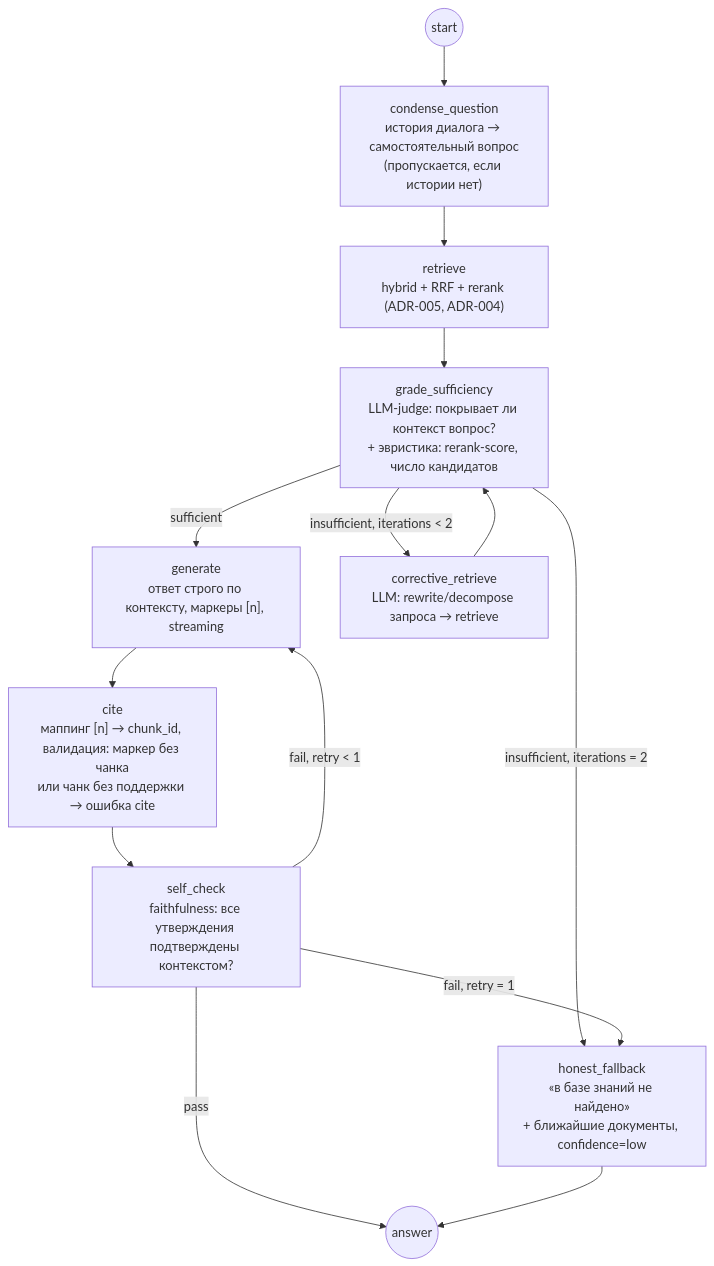
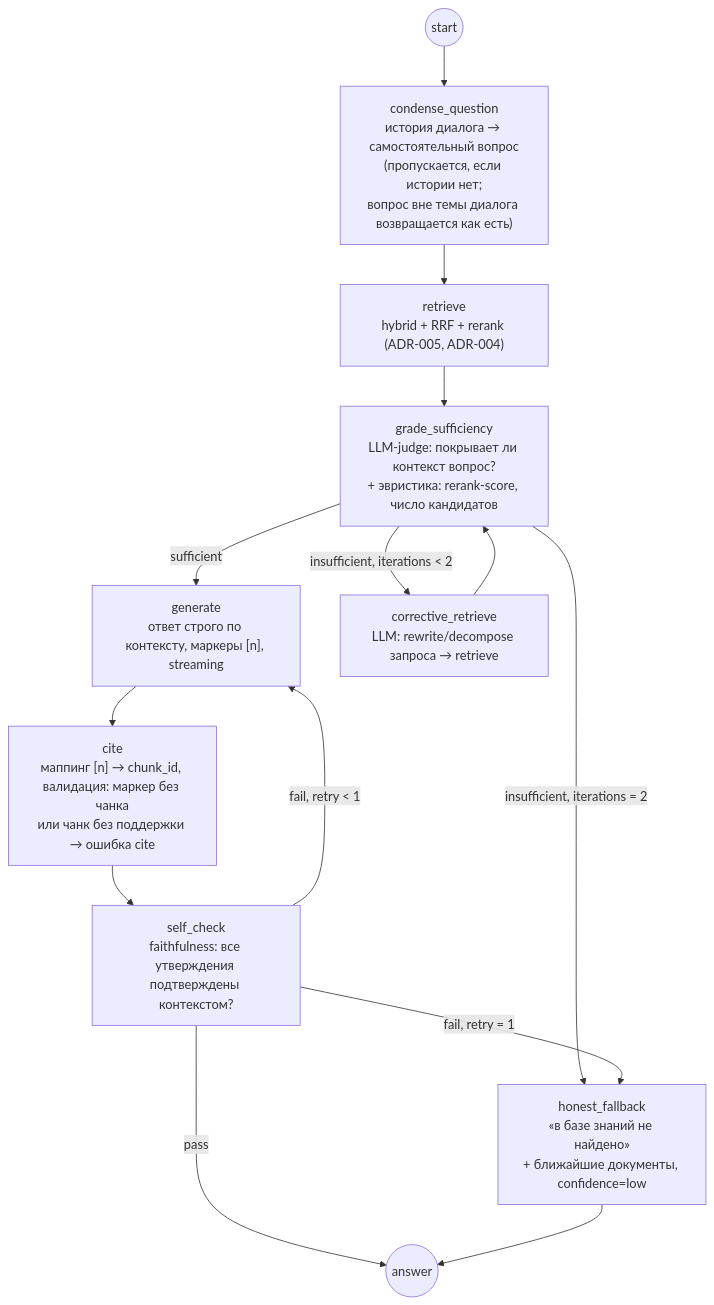
Before and after one commit to axrmxv/lyra: the diagram in docs/adr/ADR-006-langgraph-topology.md, drawn with Mermaid. The commit also changed 1 other file, not shown here.

Commit message:
docs(adr): зафиксировать фиксы self_check и condense

````diff
--- a/docs/adr/ADR-006-langgraph-topology.md
+++ b/docs/adr/ADR-006-langgraph-topology.md
@@ -23,16 +23,16 @@
 ```mermaid
 flowchart TB
-    START((start)) --> COND["condense_question<br/>история диалога → самостоятельный вопрос<br/>(пропускается, если истории нет)"]
+    START((start)) --> COND["condense_question<br/>история диалога → самостоятельный вопрос<br/>(пропускается, если истории нет;<br/>вопрос вне темы диалога возвращается как есть)"]
     COND --> RET["retrieve<br/>hybrid + RRF + rerank (ADR-005, ADR-004)"]
     RET --> GRADE["grade_sufficiency<br/>LLM-judge: покрывает ли контекст вопрос?<br/>+ эвристика: rerank-score, число кандидатов"]
     GRADE -->|sufficient| GEN["generate<br/>ответ строго по контексту, маркеры [n], streaming"]
     GRADE -->|"insufficient, iterations < 2"| CORR["corrective_retrieve<br/>LLM: rewrite/decompose запроса → retrieve"]
     CORR --> GRADE
     GRADE -->|"insufficient, iterations = 2"| REFUSE["honest_fallback<br/>«в базе знаний не найдено»<br/>+ ближайшие документы, confidence=low"]
     GEN --> CITE["cite<br/>маппинг [n] → chunk_id, валидация: маркер без чанка<br/>или чанк без поддержки → ошибка cite"]
     CITE --> SELF["self_check<br/>faithfulness: все утверждения подтверждены контекстом?"]
     SELF -->|pass| OUT((answer))
     SELF -->|"fail, retry < 1"| GEN
     SELF -->|"fail, retry = 1"| REFUSE
     REFUSE --> OUT
 ```
````
